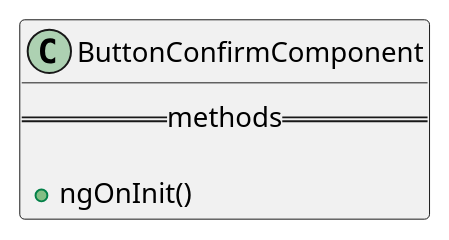
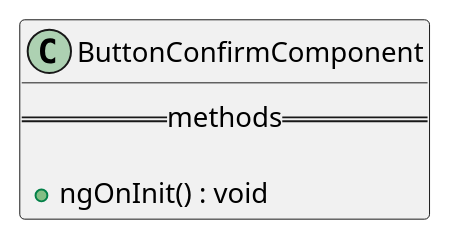
Before and after one commit to GruppOne/stalker-web-app: the diagram in docs/diagrams/view/components/ButtonConfirmComponent.pu, drawn with PlantUML. The commit also changed 16 other files, not shown here.

```diff
--- a/docs/diagrams/view/components/ButtonConfirmComponent.pu
+++ b/docs/diagrams/view/components/ButtonConfirmComponent.pu
@@ -1,7 +1,7 @@
 @startuml ButtonConfirmComponent diagram
 class ButtonConfirmComponent {
   ==methods==
 
-  + ngOnInit()
+  + ngOnInit() : void
 }
 @enduml
```
